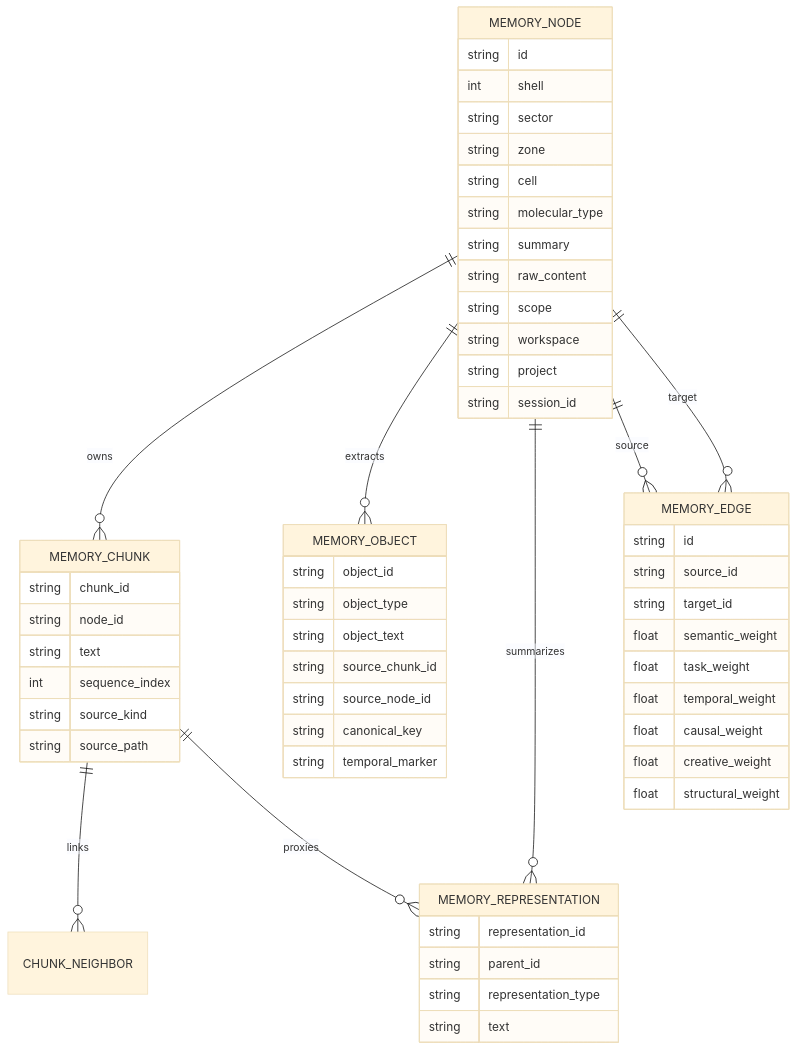
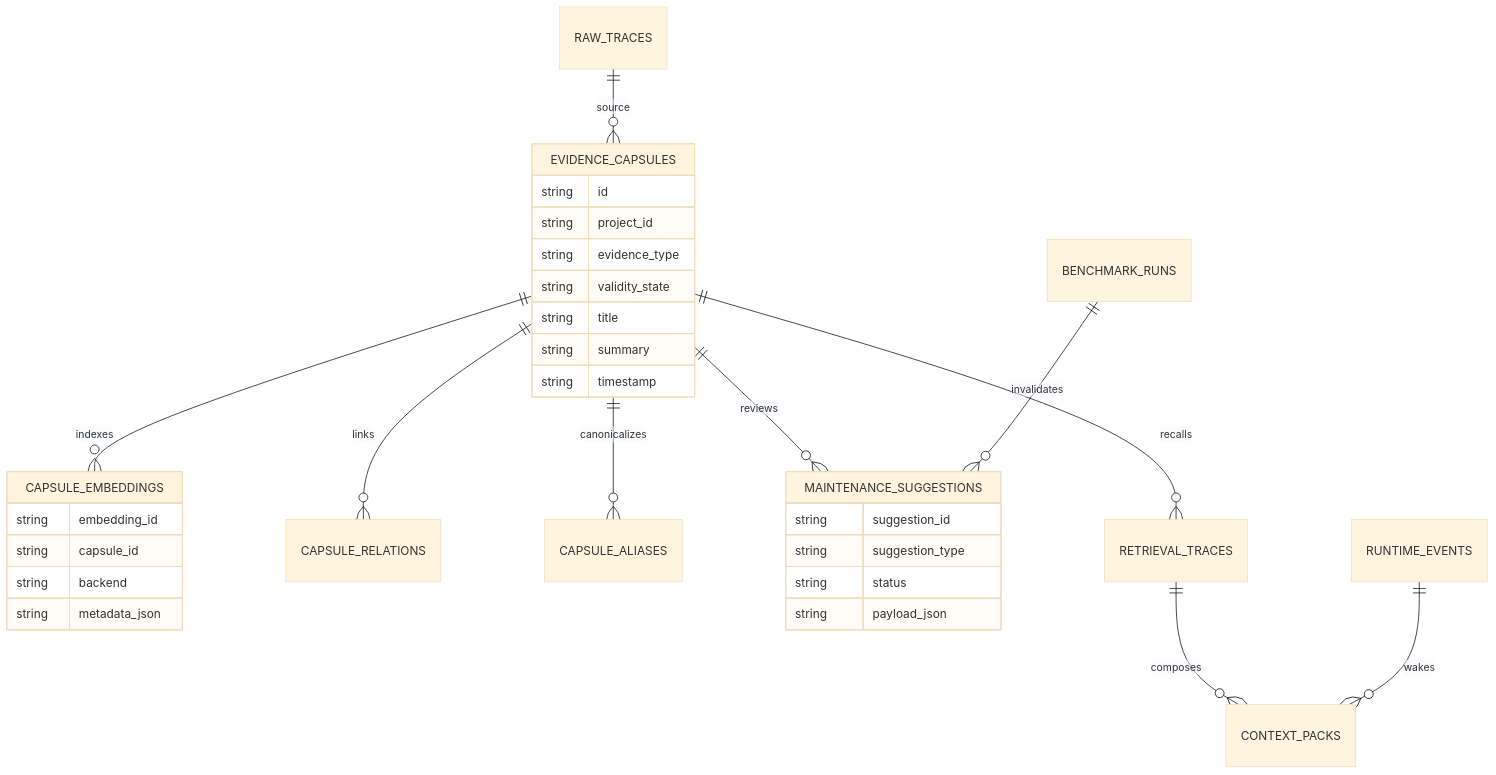
The third of 5 diagrams in README.md (liberliu2000/DysonSpherain), drawn with Mermaid (base theme) before and after one commit. The commit also changed other lines of this file and 248 other files, not shown here.

Commit message:
Productize DysonSpherain memory runtime

````diff
--- a/README.md
+++ b/README.md
@@ -346,63 +265,36 @@
 ```mermaid
 erDiagram
-    MEMORY_NODE ||--o{ MEMORY_CHUNK : owns
-    MEMORY_NODE ||--o{ MEMORY_OBJECT : extracts
-    MEMORY_NODE ||--o{ MEMORY_REPRESENTATION : summarizes
-    MEMORY_NODE ||--o{ MEMORY_EDGE : source
-    MEMORY_NODE ||--o{ MEMORY_EDGE : target
-    MEMORY_CHUNK ||--o{ CHUNK_NEIGHBOR : links
-    MEMORY_CHUNK ||--o{ MEMORY_REPRESENTATION : proxies
+    RAW_TRACES ||--o{ EVIDENCE_CAPSULES : source
+    EVIDENCE_CAPSULES ||--o{ CAPSULE_EMBEDDINGS : indexes
+    EVIDENCE_CAPSULES ||--o{ CAPSULE_RELATIONS : links
+    EVIDENCE_CAPSULES ||--o{ CAPSULE_ALIASES : canonicalizes
+    EVIDENCE_CAPSULES ||--o{ MAINTENANCE_SUGGESTIONS : reviews
+    EVIDENCE_CAPSULES ||--o{ RETRIEVAL_TRACES : recalls
+    RETRIEVAL_TRACES ||--o{ CONTEXT_PACKS : composes
+    BENCHMARK_RUNS ||--o{ MAINTENANCE_SUGGESTIONS : invalidates
+    RUNTIME_EVENTS ||--o{ CONTEXT_PACKS : wakes
 
-    MEMORY_NODE {
+    EVIDENCE_CAPSULES {
         string id
-        int shell
-        string sector
-        string zone
-        string cell
-        string molecular_type
+        string project_id
+        string evidence_type
+        string validity_state
+        string title
         string summary
-        string raw_content
-        string scope
-        string workspace
-        string project
-        string session_id
+        string timestamp
     }
 
-    MEMORY_CHUNK {
-        string chunk_id
-        string node_id
-        string text
-        int sequence_index
-        string source_kind
-        string source_path
+    CAPSULE_EMBEDDINGS {
+        string embedding_id
+        string capsule_id
+        string backend
+        string metadata_json
     }
 
-    MEMORY_OBJECT {
-        string object_id
-        string object_type
-        string object_text
-        string source_chunk_id
-        string source_node_id
-        string canonical_key
-        string temporal_marker
-    }
-
-    MEMORY_REPRESENTATION {
-        string representation_id
-        string parent_id
-        string representation_type
-        string text
-    }
-
-    MEMORY_EDGE {
-        string id
-        string source_id
-        string target_id
-        float semantic_weight
-        float task_weight
-        float temporal_weight
-        float causal_weight
-        float creative_weight
-        float structural_weight
+    MAINTENANCE_SUGGESTIONS {
+        string suggestion_id
+        string suggestion_type
+        string status
+        string payload_json
     }
 ```
````
